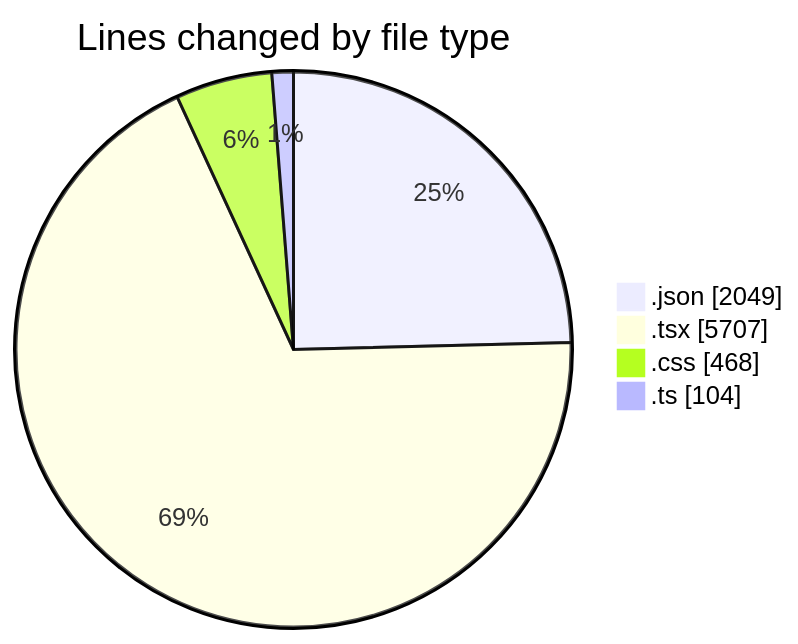
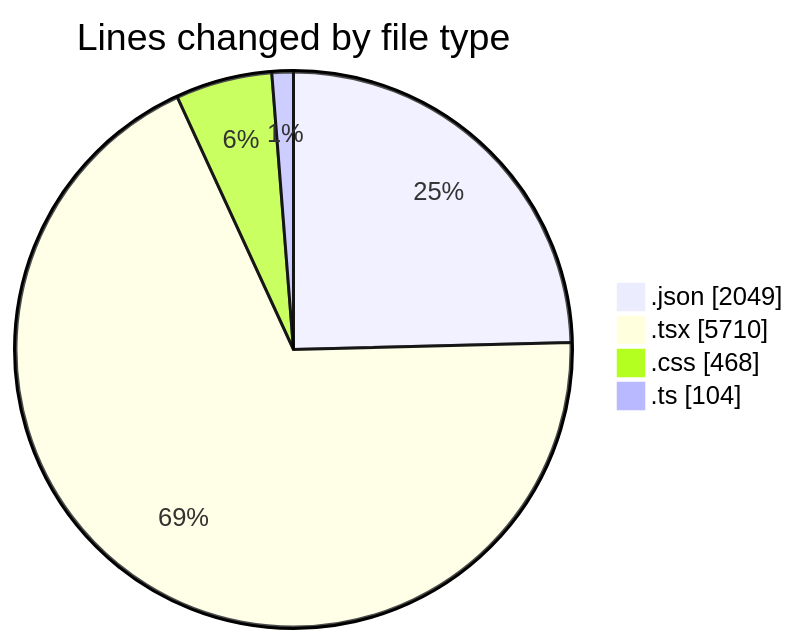
The first of 2 diagrams in 2025-08-14/ribbon/README.md (EIIisD/code-tracking), drawn with Mermaid before and after one commit. The commit also changed other lines of this file and 1 other file, not shown here.

````diff
--- a/2025-08-14/ribbon/README.md
+++ b/2025-08-14/ribbon/README.md
@@ -29,8 +29,8 @@
 ```mermaid
 pie showData
 title Lines changed by file type
 ".json" : 2049
-".tsx" : 5707
+".tsx" : 5710
 ".css" : 468
 ".ts" : 104
 ```
````
